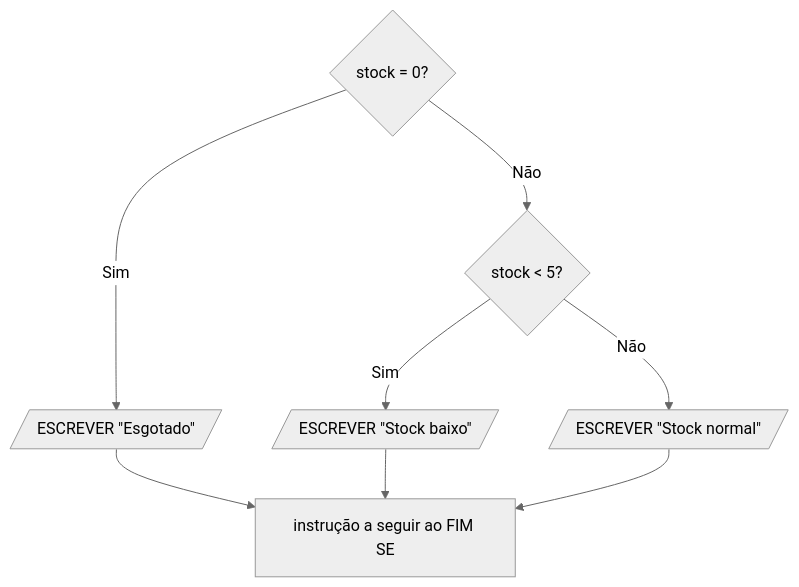
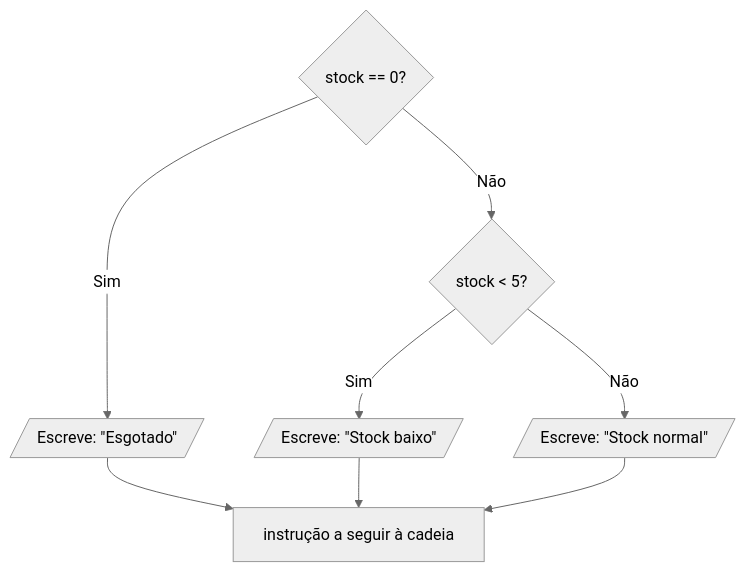
Before and after one commit to NunoMACastro/epms-2627-1ig-lp: the third of 4 diagrams in 01-algoritmos/03-decisoes-e-validacao.md, drawn with Mermaid (neutral theme). The commit also changed other lines of this file and 10 other files, not shown here.

````diff
--- a/01-algoritmos/03-decisoes-e-validacao.md
+++ b/01-algoritmos/03-decisoes-e-validacao.md
@@ -258,10 +296,10 @@
 ```mermaid
 flowchart TD
-    A{"stock = 0?"} -->|Sim| B[/"ESCREVER #quot;Esgotado#quot;"/]
+    A{"stock == 0?"} -->|Sim| B[/"Escreve: #quot;Esgotado#quot;"/]
     A -->|Não| C{"stock < 5?"}
-    C -->|Sim| D[/"ESCREVER #quot;Stock baixo#quot;"/]
-    C -->|Não| E[/"ESCREVER #quot;Stock normal#quot;"/]
-    B --> F["instrução a seguir ao FIM SE"]
+    C -->|Sim| D[/"Escreve: #quot;Stock baixo#quot;"/]
+    C -->|Não| E[/"Escreve: #quot;Stock normal#quot;"/]
+    B --> F["instrução a seguir à cadeia"]
     D --> F
     E --> F
 ```
````
